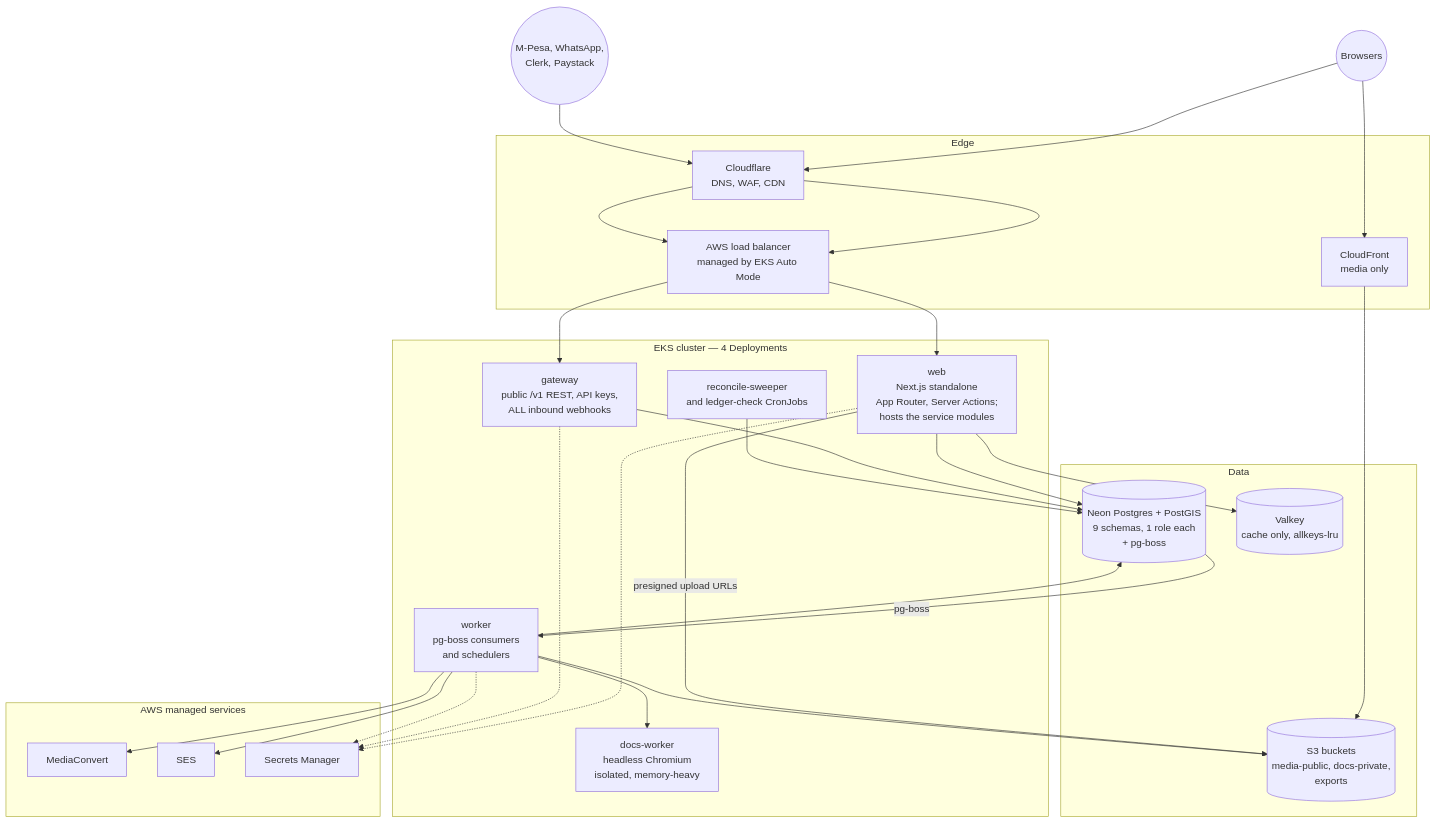
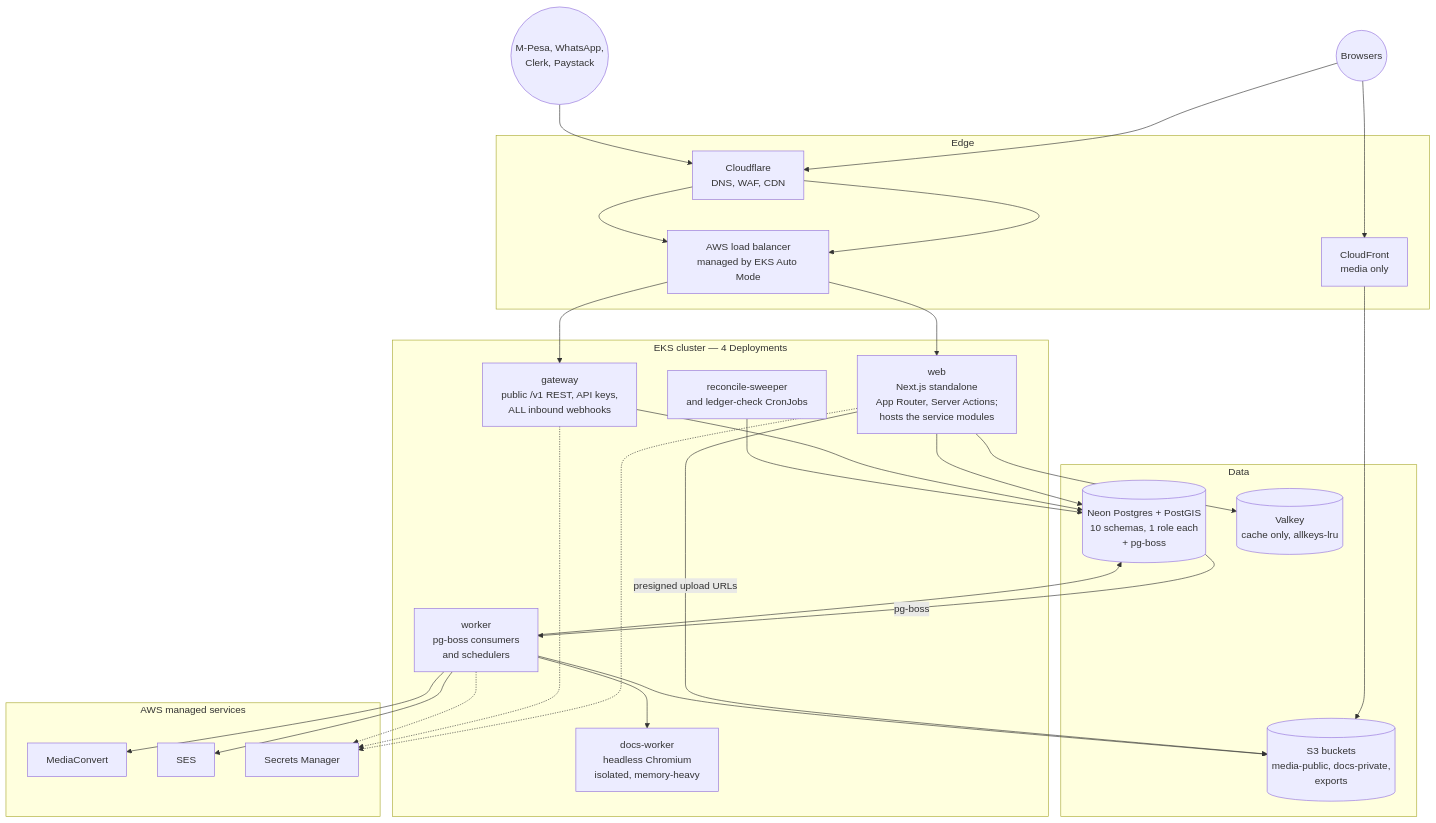
The second of 7 diagrams in .docs/ARCHITECTURE.md (simpleHacker0893/ethanel-estate-property-managers), drawn with Mermaid before and after one commit. The commit also changed other lines of this file and 24 other files, not shown here.

````diff
--- a/.docs/ARCHITECTURE.md
+++ b/.docs/ARCHITECTURE.md
@@ -74,43 +74,43 @@
 ```mermaid
 flowchart TB
   subgraph Edge
     CFL["Cloudflare<br/>DNS, WAF, CDN"]
     ALB["AWS load balancer<br/>managed by EKS Auto Mode"]
     CF["CloudFront<br/>media only"]
   end
   subgraph EKS["EKS cluster — 4 Deployments"]
     WEB["web<br/>Next.js standalone<br/>App Router, Server Actions;<br/>hosts the service modules"]
     GW["gateway<br/>public /v1 REST, API keys,<br/>ALL inbound webhooks"]
     WRK["worker<br/>pg-boss consumers<br/>and schedulers"]
     DW["docs-worker<br/>headless Chromium<br/>isolated, memory-heavy"]
     CRON["reconcile-sweeper<br/>and ledger-check CronJobs"]
   end
   subgraph Data
-    NEON[("Neon Postgres + PostGIS<br/>9 schemas, 1 role each<br/>+ pg-boss")]
+    NEON[("Neon Postgres + PostGIS<br/>10 schemas, 1 role each<br/>+ pg-boss")]
     VK[("Valkey<br/>cache only, allkeys-lru")]
     S3[("S3 buckets<br/>media-public, docs-private,<br/>exports")]
   end
   subgraph AWSServices["AWS managed services"]
     MC["MediaConvert"]
     SES["SES"]
     SM["Secrets Manager"]
   end
   Users(("Browsers")) --> CFL --> ALB --> WEB
   Providers(("M-Pesa, WhatsApp,<br/>Clerk, Paystack")) --> CFL
   CFL --> ALB --> GW
   Users --> CF --> S3
   WEB --> NEON
   WEB --> VK
   GW --> NEON
   WEB -->|presigned upload URLs| S3
   NEON -->|pg-boss| WRK
   WRK --> NEON
   WRK --> S3
   WRK --> MC
   WRK --> SES
   WRK --> DW
   CRON --> NEON
   WEB -.-> SM
   GW -.-> SM
   WRK -.-> SM
 ```
````
